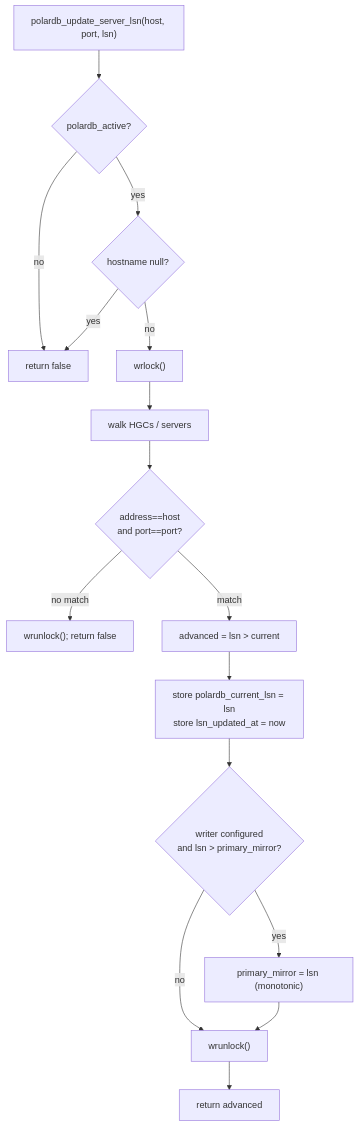
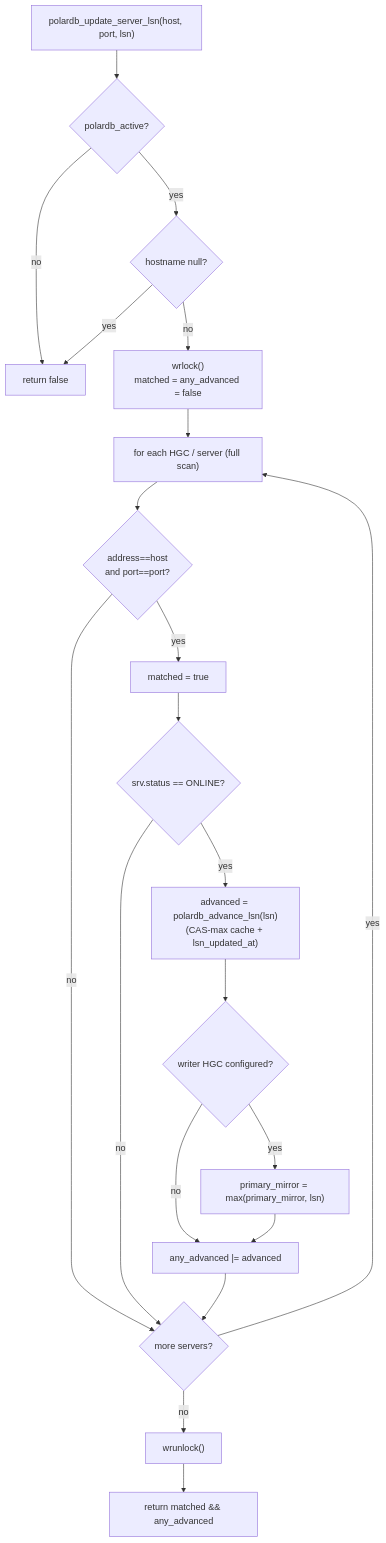
The second of 4 diagrams in doc/polardb-arch/05-MONITOR-AND-HGM-LSN-STATE.md (awide-labs/polar-proxy), drawn with Mermaid before and after one commit. The commit also changed other lines of this file and 13 other files, not shown here.

````diff
--- a/doc/polardb-arch/05-MONITOR-AND-HGM-LSN-STATE.md
+++ b/doc/polardb-arch/05-MONITOR-AND-HGM-LSN-STATE.md
@@ -598,18 +605,23 @@
 ```mermaid
 flowchart TD
     A["polardb_update_server_lsn(host, port, lsn)"] --> B{"polardb_active?"}
     B -- no --> Z1["return false"]
     B -- yes --> C{"hostname null?"}
     C -- yes --> Z1
-    C -- no --> D["wrlock()"]
-    D --> E["walk HGCs / servers"]
+    C -- no --> D["wrlock()<br/>matched = any_advanced = false"]
+    D --> E["for each HGC / server (full scan)"]
     E --> F{"address==host<br/>and port==port?"}
-    F -- no match --> G["wrunlock(); return false"]
-    F -- match --> H["advanced = lsn > current"]
-    H --> I["store polardb_current_lsn = lsn<br/>store lsn_updated_at = now"]
-    I --> J{"writer configured<br/>and lsn > primary_mirror?"}
-    J -- yes --> K["primary_mirror = lsn (monotonic)"]
-    J -- no --> L["wrunlock()"]
-    K --> L
-    L --> M["return advanced"]
+    F -- no --> N{"more servers?"}
+    F -- yes --> P["matched = true"]
+    P --> Q{"srv.status == ONLINE?"}
+    Q -- no --> N
+    Q -- yes --> H["advanced = polardb_advance_lsn(lsn)<br/>(CAS-max cache + lsn_updated_at)"]
+    H --> J{"writer HGC configured?"}
+    J -- yes --> K["primary_mirror = max(primary_mirror, lsn)"]
+    J -- no --> R["any_advanced |= advanced"]
+    K --> R
+    R --> N
+    N -- yes --> E
+    N -- no --> L["wrunlock()"]
+    L --> M["return matched && any_advanced"]
 ```
````
